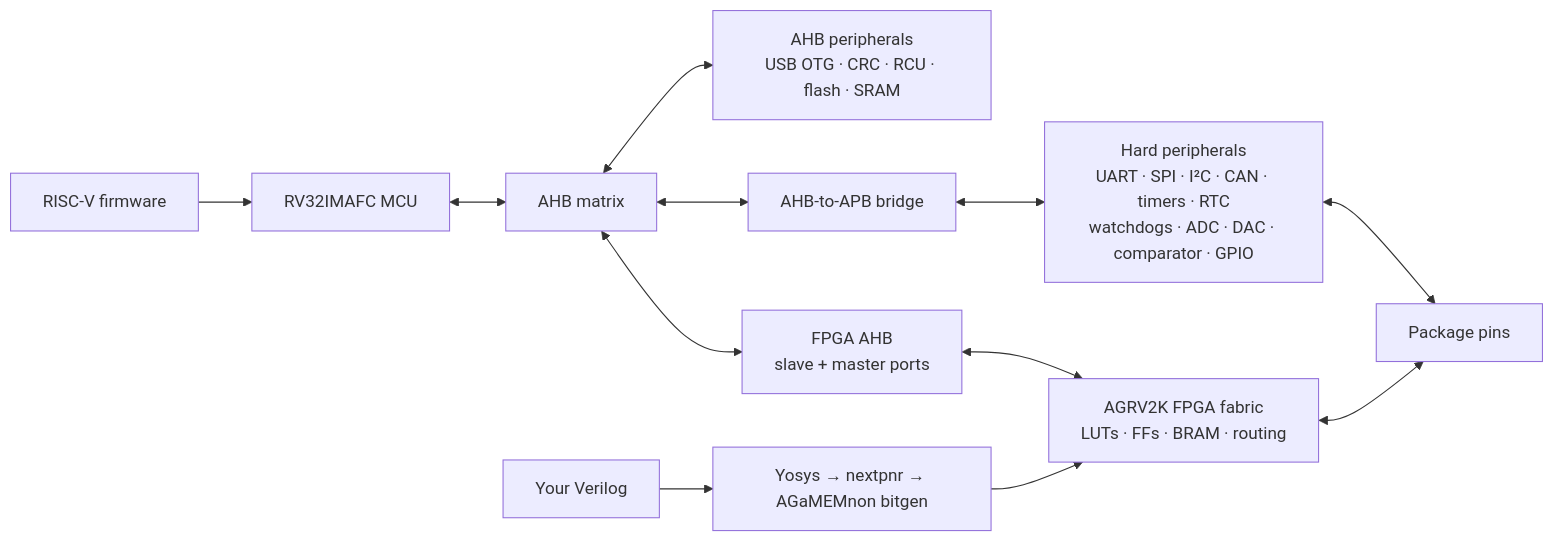
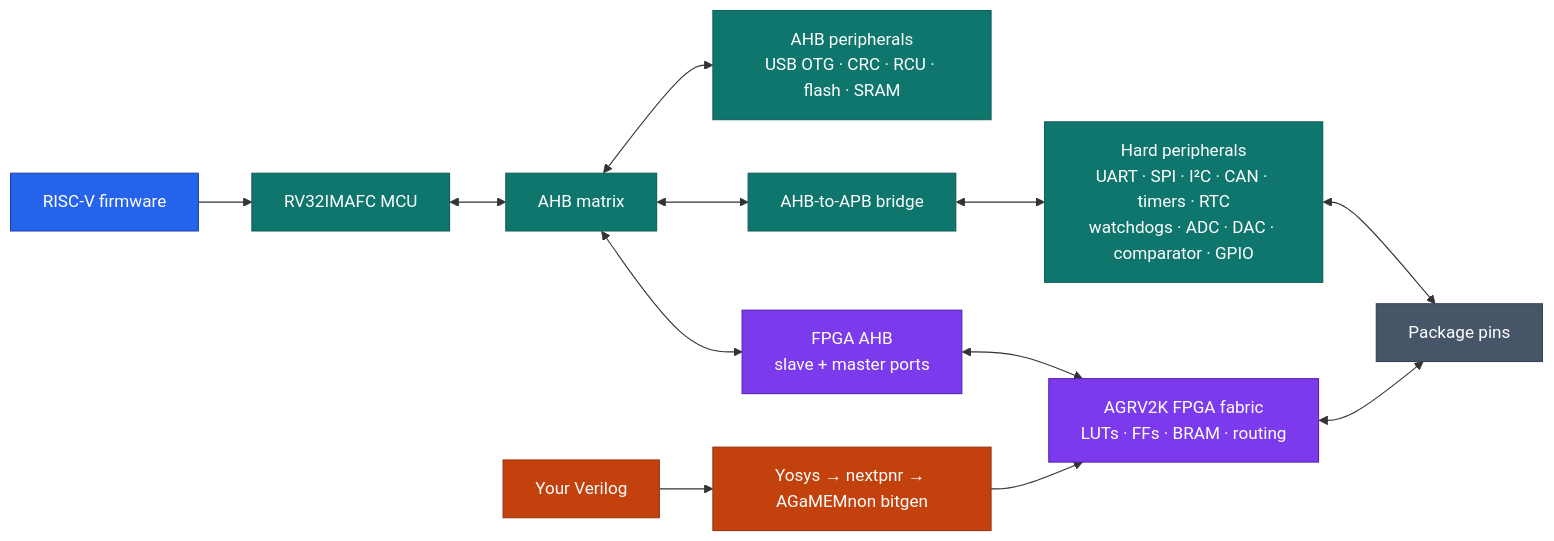
The diagram in README.md (bbenchoff/AGaMEMnon), drawn with Mermaid before and after one commit.

````diff
--- a/README.md
+++ b/README.md
@@ -39,19 +39,31 @@
 ```mermaid
 flowchart LR
     FW["RISC-V firmware"] --> MCU["RV32IMAFC MCU"]
 
     MCU <--> AHB["AHB matrix"]
 
     AHB <--> AHBP["AHB peripherals<br/>USB OTG · CRC · RCU · flash · SRAM"]
     AHB <--> APB["AHB-to-APB bridge"]
     APB <--> HARD["Hard peripherals<br/>UART · SPI · I²C · CAN · timers · RTC<br/>watchdogs · ADC · DAC · comparator · GPIO"]
 
     RTL["Your Verilog"] --> FLOW["Yosys → nextpnr → AGaMEMnon bitgen"]
     FLOW --> FABRIC["AGRV2K FPGA fabric<br/>LUTs · FFs · BRAM · routing"]
 
     AHB <--> PORTS["FPGA AHB<br/>slave + master ports"]
     PORTS <--> FABRIC
 
     HARD <--> PINS["Package pins"]
     FABRIC <--> PINS
+
+    classDef firmware fill:#2563eb,stroke:#1e40af,color:#fff
+    classDef mcu fill:#0f766e,stroke:#115e59,color:#fff
+    classDef fabric fill:#7c3aed,stroke:#5b21b6,color:#fff
+    classDef tools fill:#c2410c,stroke:#9a3412,color:#fff
+    classDef physical fill:#475569,stroke:#334155,color:#fff
+
+    class FW firmware
+    class MCU,AHB,AHBP,APB,HARD mcu
+    class RTL,FLOW tools
+    class PORTS,FABRIC fabric
+    class PINS physical
 ```
````
